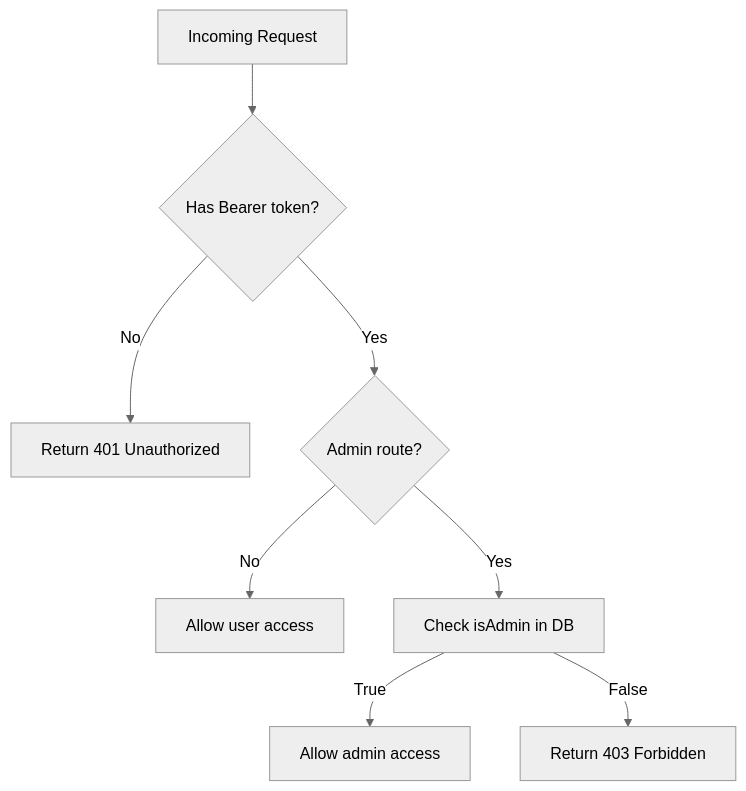
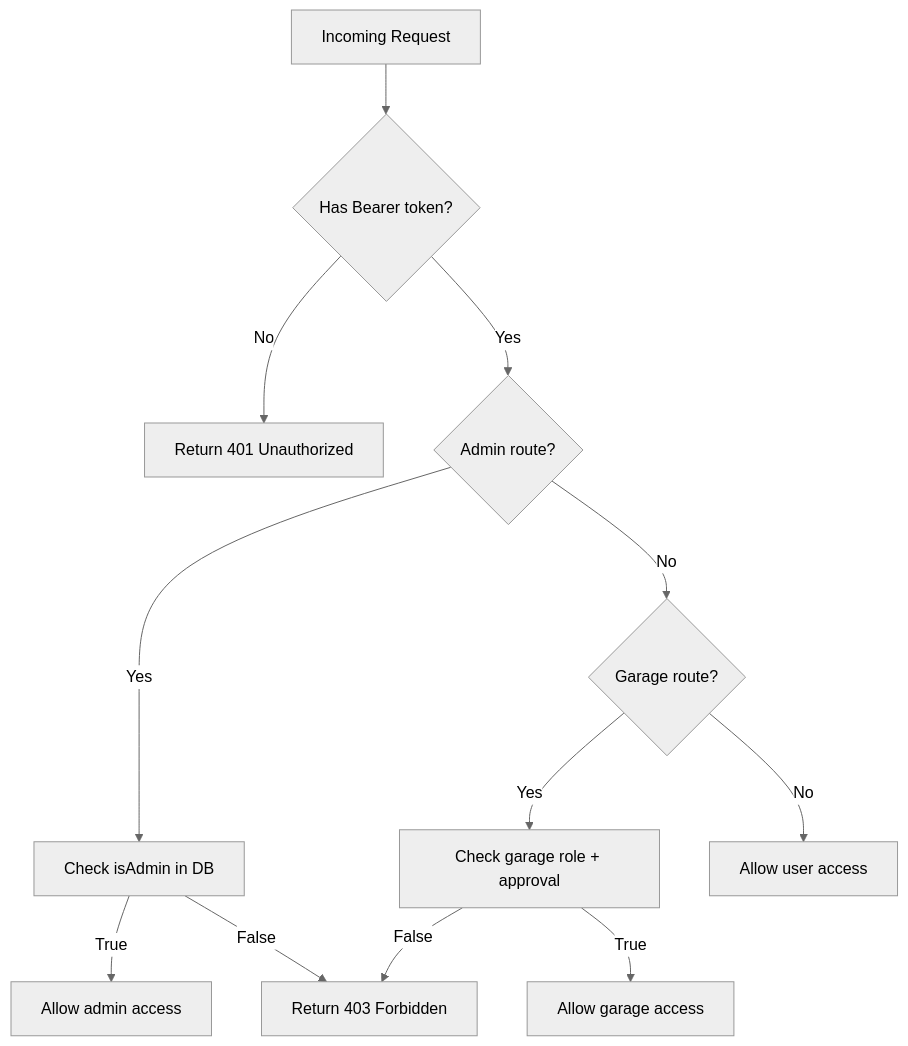
One commit to NaveenHiranya/Smart-Vehicle-Insurance-Claim-System changed the sixth of 10 diagrams in .qoder/repowiki/en/content/Backend Documentation/Authentication & Authorization.md. Above: the diagram before and after it, drawn with Mermaid (neutral theme). The commit also changed other lines of this file and 87 other files, not shown here.

````diff
--- a/.qoder/repowiki/en/content/Backend Documentation/Authentication & Authorization.md
+++ b/.qoder/repowiki/en/content/Backend Documentation/Authentication & Authorization.md
@@ -269,10 +358,14 @@
 ```mermaid
 flowchart TD
 Req["Incoming Request"] --> HasToken{"Has Bearer token?"}
 HasToken --> |No| Deny401["Return 401 Unauthorized"]
 HasToken --> |Yes| IsAdminRoute{"Admin route?"}
-IsAdminRoute --> |No| AllowUser["Allow user access"]
-IsAdminRoute --> |Yes| CheckRole["Check isAdmin in DB"]
-CheckRole --> |True| AllowAdmin["Allow admin access"]
-CheckRole --> |False| Deny403["Return 403 Forbidden"]
+IsAdminRoute --> |Yes| CheckAdminRole["Check isAdmin in DB"]
+CheckAdminRole --> |True| AllowAdmin["Allow admin access"]
+CheckAdminRole --> |False| Deny403["Return 403 Forbidden"]
+IsAdminRoute --> |No| IsGarageRoute{"Garage route?"}
+IsGarageRoute --> |Yes| CheckGarageRole["Check garage role + approval"]
+CheckGarageRole --> |True| AllowGarage["Allow garage access"]
+CheckGarageRole --> |False| Deny403
+IsGarageRoute --> |No| AllowUser["Allow user access"]
 ```
````
